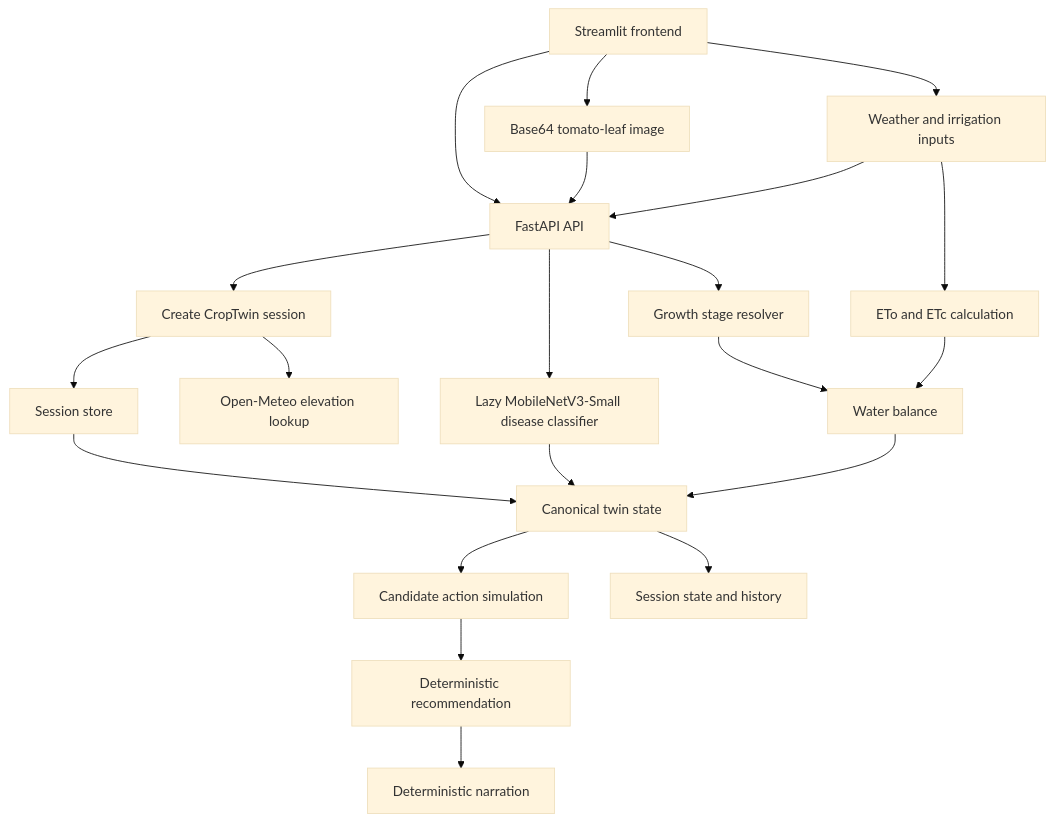
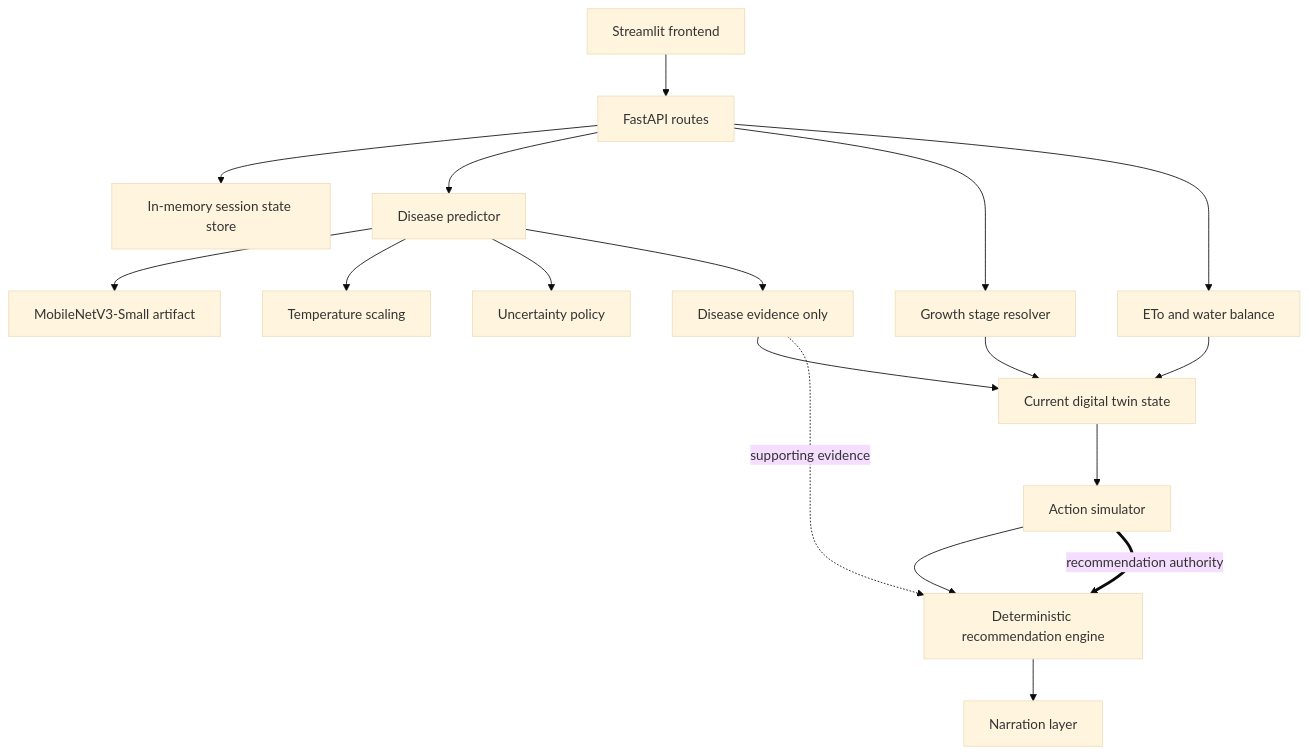
The diagram in README.md (Eshuredd/AMD_DigitalTwin), drawn with Mermaid (base theme) before and after one commit. The commit also changed other lines of this file and 5 other files, not shown here.

````diff
--- a/README.md
+++ b/README.md
@@ -25,23 +46,21 @@
 ```mermaid
 flowchart TD
-    UI[Streamlit frontend] --> API[FastAPI API]
-    API --> A[Create CropTwin session]
-    A --> B[Session store]
-    A --> C[Open-Meteo elevation lookup]
-    UI --> D[Base64 tomato-leaf image]
-    D --> API
-    API --> E[Lazy MobileNetV3-Small disease classifier]
-    UI --> F[Weather and irrigation inputs]
-    F --> API
-    API --> G[Growth stage resolver]
-    F --> H[ETo and ETc calculation]
-    G --> I[Water balance]
-    H --> I
-    E --> J[Canonical twin state]
-    I --> J
-    B --> J
-    J --> K[Candidate action simulation]
-    K --> L[Deterministic recommendation]
-    L --> M[Deterministic narration]
-    J --> N[Session state and history]
+    UI[Streamlit frontend] --> API[FastAPI routes]
+    API --> STORE[In-memory session state store]
+    API --> DISEASE[Disease predictor]
+    DISEASE --> MODEL[MobileNetV3-Small artifact]
+    DISEASE --> TEMP[Temperature scaling]
+    DISEASE --> UNC[Uncertainty policy]
+    API --> GROWTH[Growth stage resolver]
+    API --> WATER[ETo and water balance]
+    GROWTH --> TWIN[Current digital twin state]
+    WATER --> TWIN
+    DISEASE --> EVIDENCE[Disease evidence only]
+    EVIDENCE --> TWIN
+    TWIN --> SIM[Action simulator]
+    SIM --> REC[Deterministic recommendation engine]
+    REC --> NARR[Narration layer]
+
+    EVIDENCE -. supporting evidence .-> REC
+    SIM == recommendation authority ==> REC
 ```
````
